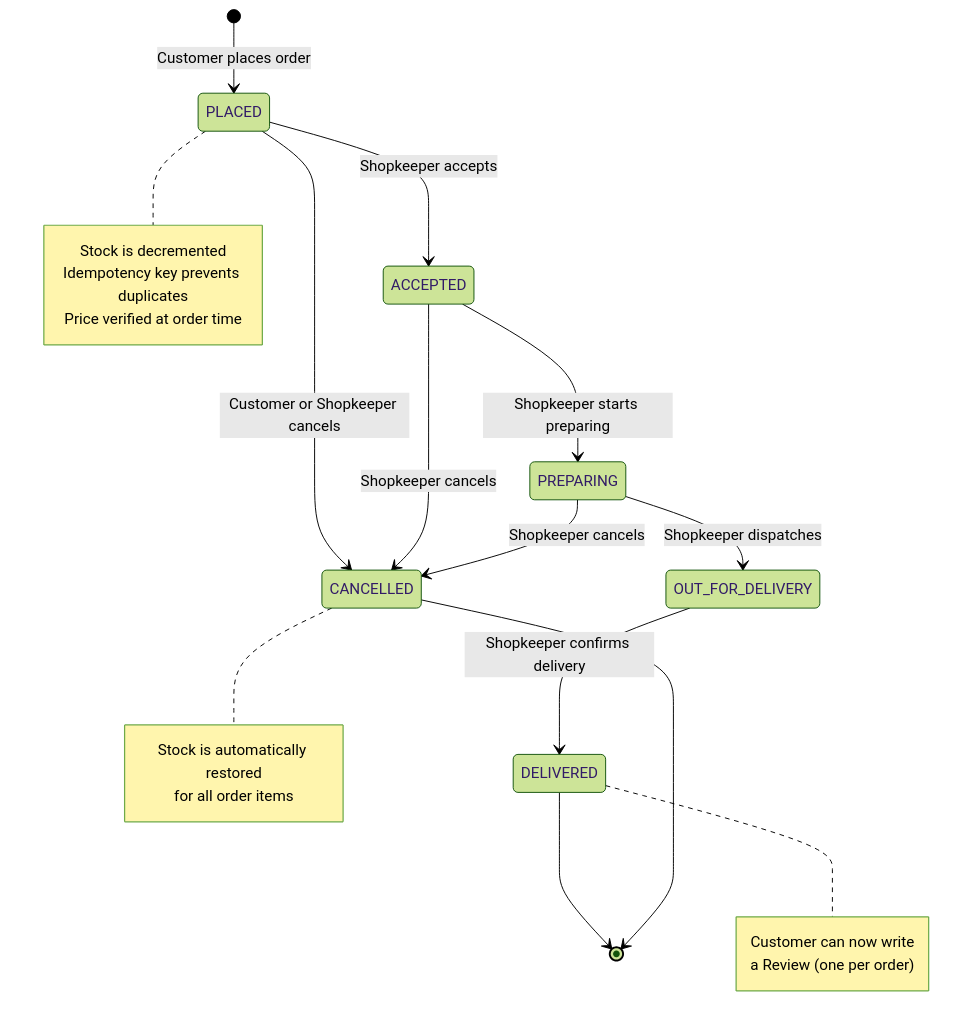
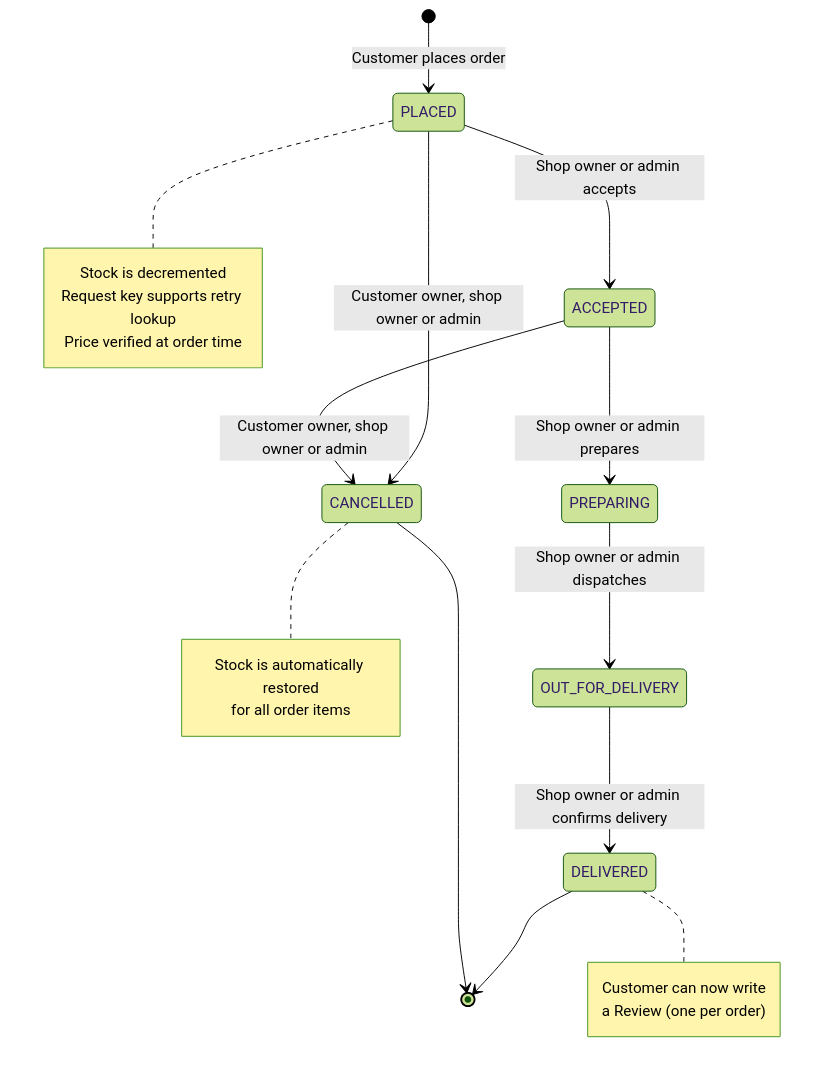
The second of 11 diagrams in README.md (Xabhi0811/Kirana), drawn with Mermaid (forest theme) before and after one commit. The commit also changed other lines of this file, not shown here.

````diff
--- a/README.md
+++ b/README.md
@@ -468,33 +477,32 @@
 ```mermaid
 stateDiagram-v2
     [*] --> PLACED : Customer places order
-    PLACED --> ACCEPTED : Shopkeeper accepts
-    PLACED --> CANCELLED : Customer or Shopkeeper cancels
+    PLACED --> ACCEPTED : Shop owner or admin accepts
+    PLACED --> CANCELLED : Customer owner, shop owner or admin
 
-    ACCEPTED --> PREPARING : Shopkeeper starts preparing
-    ACCEPTED --> CANCELLED : Shopkeeper cancels
+    ACCEPTED --> PREPARING : Shop owner or admin prepares
+    ACCEPTED --> CANCELLED : Customer owner, shop owner or admin
 
-    PREPARING --> OUT_FOR_DELIVERY : Shopkeeper dispatches
-    PREPARING --> CANCELLED : Shopkeeper cancels
+    PREPARING --> OUT_FOR_DELIVERY : Shop owner or admin dispatches
 
-    OUT_FOR_DELIVERY --> DELIVERED : Shopkeeper confirms delivery
+    OUT_FOR_DELIVERY --> DELIVERED : Shop owner or admin confirms delivery
 
     DELIVERED --> [*]
     CANCELLED --> [*]
 
     note right of PLACED
         Stock is decremented
-        Idempotency key prevents duplicates
+        Request key supports retry lookup
         Price verified at order time
     end note
 
     note right of CANCELLED
         Stock is automatically restored
         for all order items
     end note
 
     note right of DELIVERED
         Customer can now write
         a Review (one per order)
     end note
 ```
````
